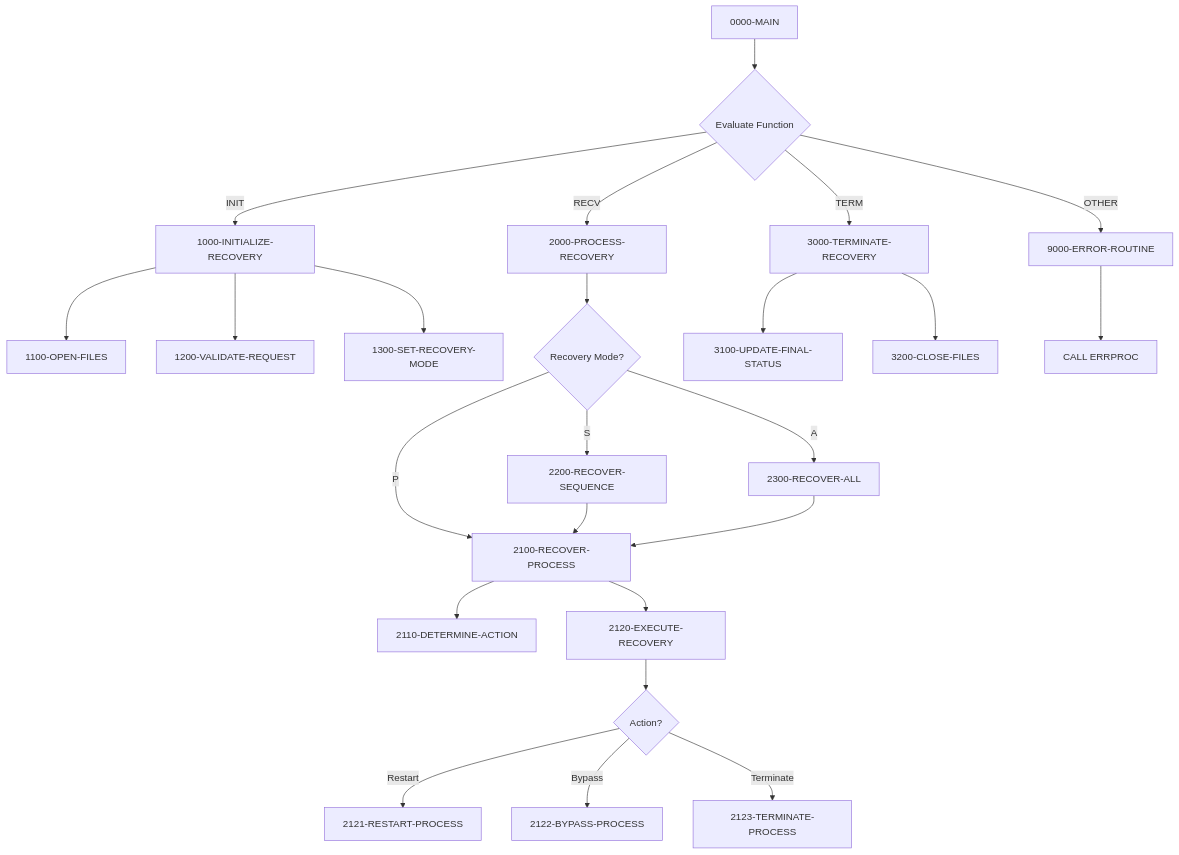
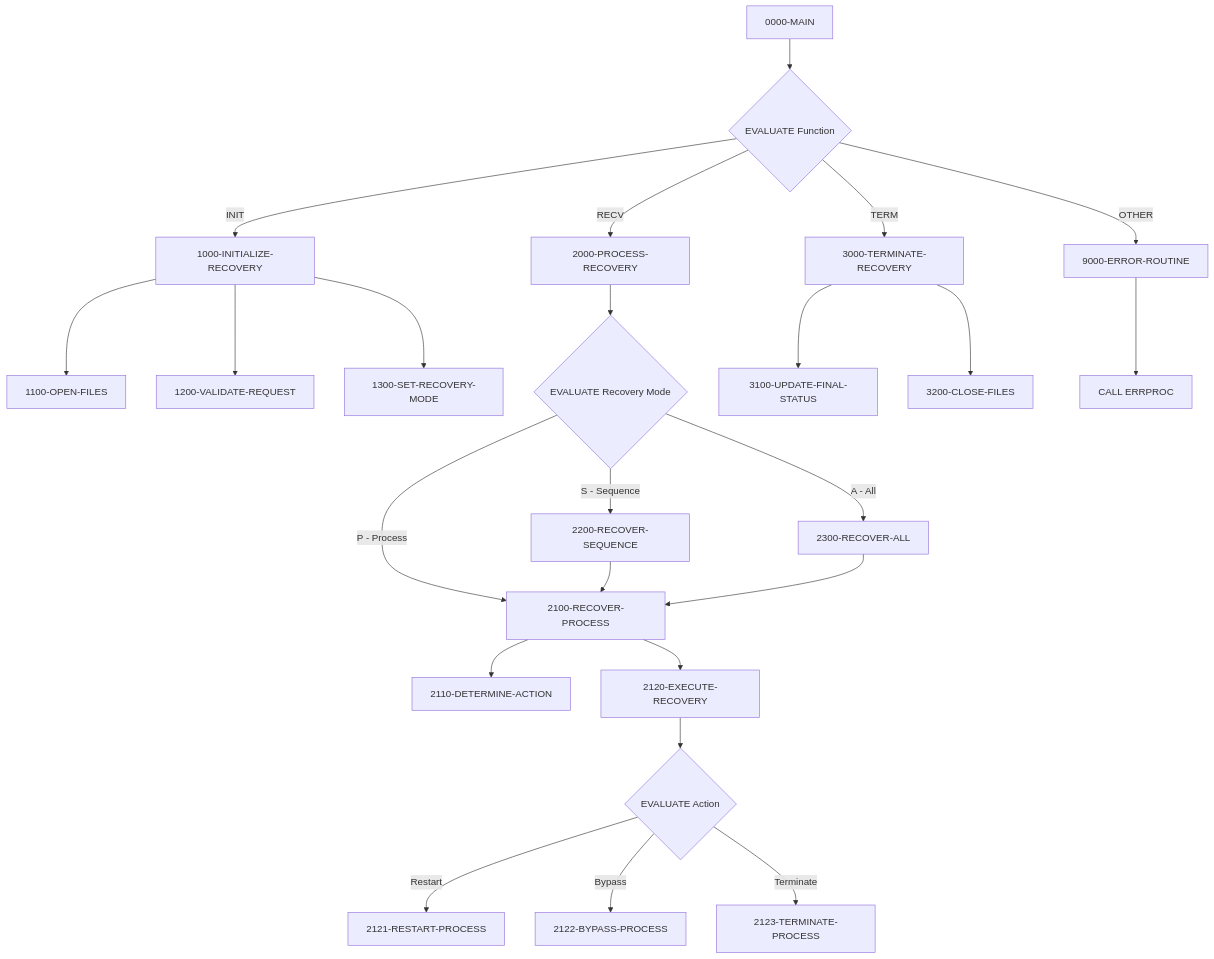
Before and after one commit to haladir-com/legacy-benchmark-docs-vb70e1: the first of 2 diagrams in docs/programs/RCVPRC00.mdx, drawn with Mermaid. The commit also changed other lines of this file and 64 other files, not shown here.

````diff
--- a/docs/programs/RCVPRC00.mdx
+++ b/docs/programs/RCVPRC00.mdx
@@ -16,33 +16,33 @@
 ```mermaid
 graph TD
-    A[0000-MAIN] --> B{Evaluate Function}
+    A[0000-MAIN] --> B{EVALUATE Function}
     B -->|INIT| C[1000-INITIALIZE-RECOVERY]
     B -->|RECV| D[2000-PROCESS-RECOVERY]
     B -->|TERM| E[3000-TERMINATE-RECOVERY]
     B -->|OTHER| F[9000-ERROR-ROUTINE]
     
     C --> C1[1100-OPEN-FILES]
     C --> C2[1200-VALIDATE-REQUEST]
     C --> C3[1300-SET-RECOVERY-MODE]
     
-    D --> G{Recovery Mode?}
-    G -->|P| H[2100-RECOVER-PROCESS]
-    G -->|S| I[2200-RECOVER-SEQUENCE]
-    G -->|A| J[2300-RECOVER-ALL]
+    D --> G{EVALUATE Recovery Mode}
+    G -->|P - Process| D1[2100-RECOVER-PROCESS]
+    G -->|S - Sequence| D2[2200-RECOVER-SEQUENCE]
+    G -->|A - All| D3[2300-RECOVER-ALL]
     
-    H --> H1[2110-DETERMINE-ACTION]
-    H --> H2[2120-EXECUTE-RECOVERY]
+    D1 --> D1A[2110-DETERMINE-ACTION]
+    D1 --> D1B[2120-EXECUTE-RECOVERY]
     
-    H2 --> K{Action?}
-    K -->|Restart| L[2121-RESTART-PROCESS]
-    K -->|Bypass| M[2122-BYPASS-PROCESS]
-    K -->|Terminate| N[2123-TERMINATE-PROCESS]
+    D1B --> H{EVALUATE Action}
+    H -->|Restart| H1[2121-RESTART-PROCESS]
+    H -->|Bypass| H2[2122-BYPASS-PROCESS]
+    H -->|Terminate| H3[2123-TERMINATE-PROCESS]
     
-    I --> H
-    J --> H
+    D2 --> D1
+    D3 --> D1
     
     E --> E1[3100-UPDATE-FINAL-STATUS]
     E --> E2[3200-CLOSE-FILES]
     
     F --> F1[CALL ERRPROC]
 ```
````
